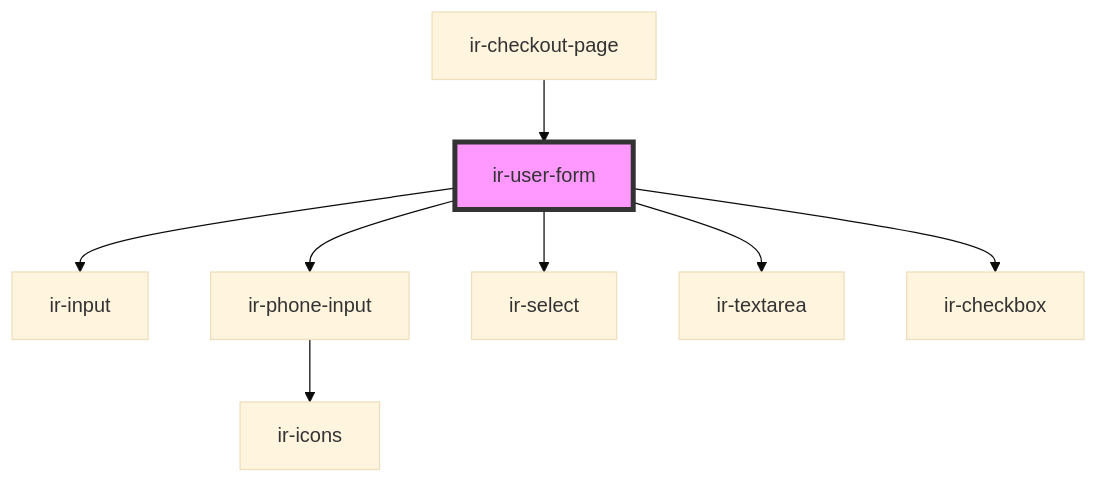
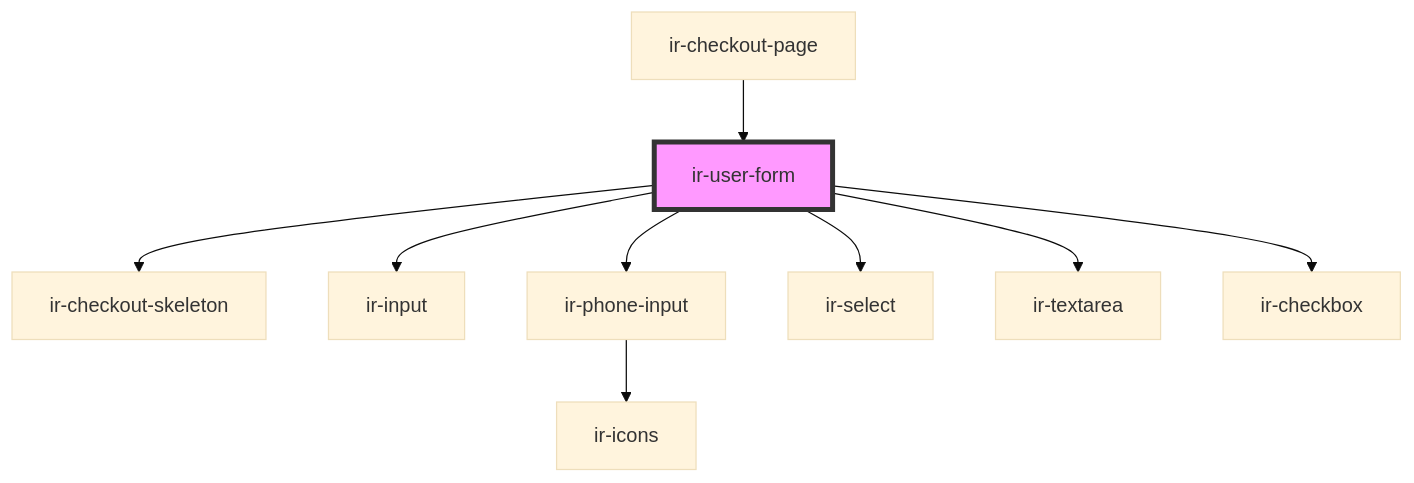
The diagram in src/components/ir-booking-engine/ir-checkout-page/ir-user-form/readme.md (RonyRizk/ir-be), drawn with Mermaid (base theme) before and after one commit. The commit also changed other lines of this file and 16 other files, not shown here.

````diff
--- a/src/components/ir-booking-engine/ir-checkout-page/ir-user-form/readme.md
+++ b/src/components/ir-booking-engine/ir-checkout-page/ir-user-form/readme.md
@@ -37,11 +38,12 @@
 ```mermaid
 graph TD;
+  ir-user-form --> ir-checkout-skeleton
   ir-user-form --> ir-input
   ir-user-form --> ir-phone-input
   ir-user-form --> ir-select
   ir-user-form --> ir-textarea
   ir-user-form --> ir-checkbox
   ir-phone-input --> ir-icons
   ir-checkout-page --> ir-user-form
   style ir-user-form fill:#f9f,stroke:#333,stroke-width:4px
 ```
````
